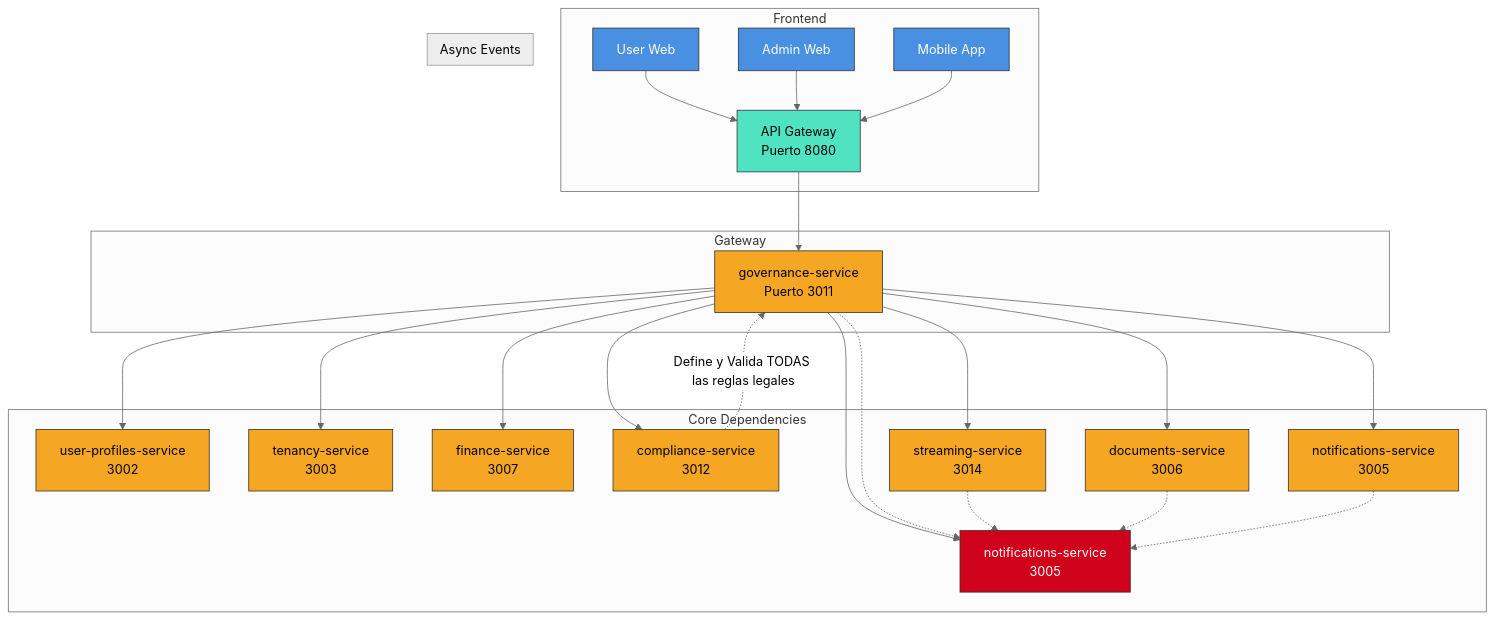
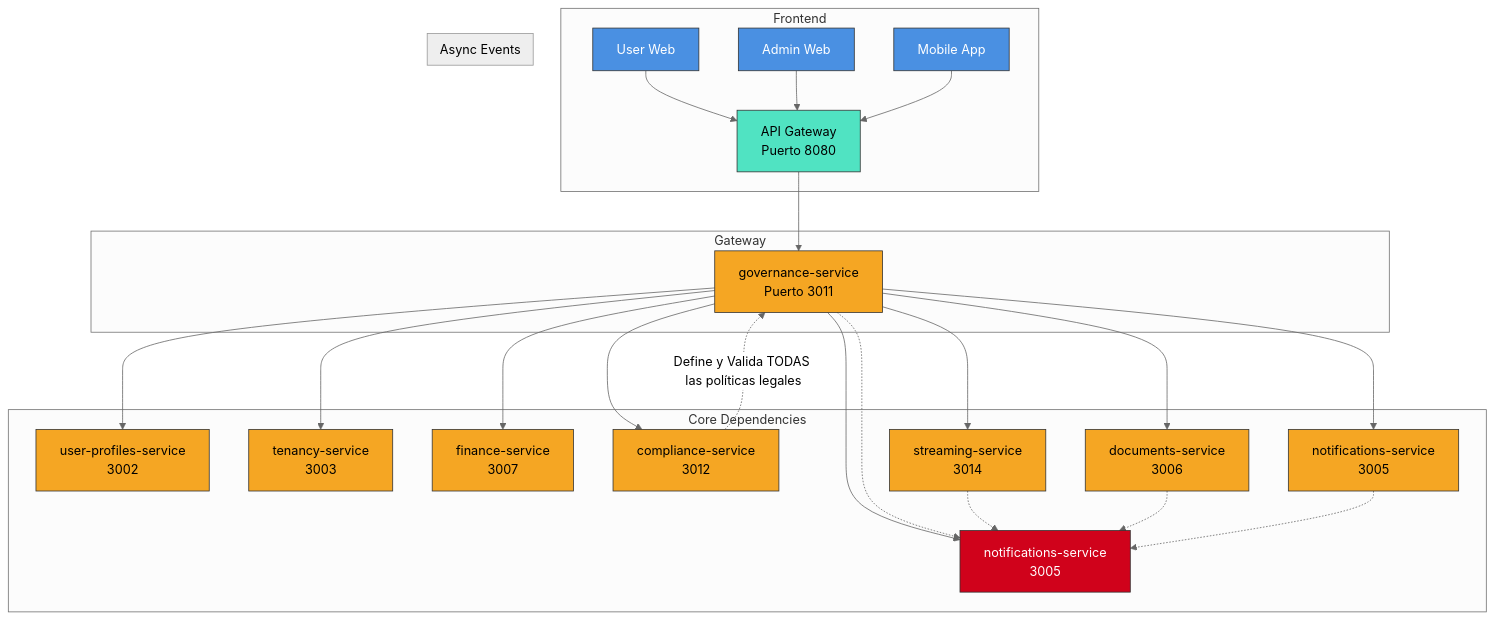
One commit to latamteks-cmyk/Spec changed the diagram in governance-service.md. Above: the diagram before and after it, drawn with Mermaid (neutral theme). The commit also changed other lines of this file, not shown here.

````diff
--- a/governance-service.md
+++ b/governance-service.md
@@ -42,35 +41,35 @@
 ```mermaid
 graph TD
     subgraph Frontend
         F1[User Web] --> G
         F2[Admin Web] --> G
         F3[Mobile App] --> G
     end
     subgraph Gateway
         G[API Gateway<br/>Puerto 8080] --> GS[governance-service<br/>Puerto 3011]
     end
     subgraph Core Dependencies
         GS --> US[user-profiles-service<br/>3002]
         GS --> TS[tenancy-service<br/>3003]
         GS --> FS[finance-service<br/>3007]
-        GS --> CS[compliance-service<br/>3012] -. Define y Valida TODAS las reglas legales .-> GS
+        GS --> CS[compliance-service<br/>3012] -. Define y Valida TODAS las políticas legales .-> GS
         GS --> DS[documents-service<br/>3006]
         GS --> NS[notifications-service<br/>3005]
         GS --> SS[streaming-service<br/>3014]
         GS --> COMM[notifications-service<br/>3005]
     end
     subgraph Async Events
         GS -.-> NS
         SS -.-> NS
         DS -.-> NS
         COMM -.-> NS
     end
     classDef frontend fill:#4A90E2,stroke:#333,color:white;
     classDef gateway fill:#50E3C2,stroke:#333,color:black;
     classDef service fill:#F5A623,stroke:#333,color:black;
     classDef async fill:#D0021B,stroke:#333,color:white;
     class F1,F2,F3 frontend
     class G gateway
     class GS,US,TS,FS,CS,DS,NS,SS,COMM service
     class NS async
 ```
````
